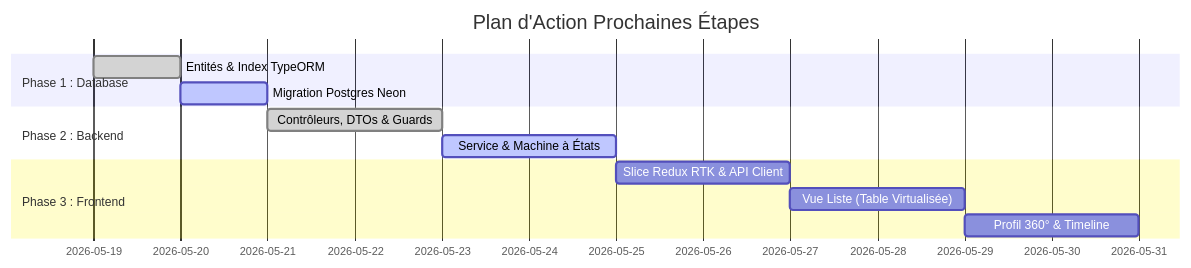
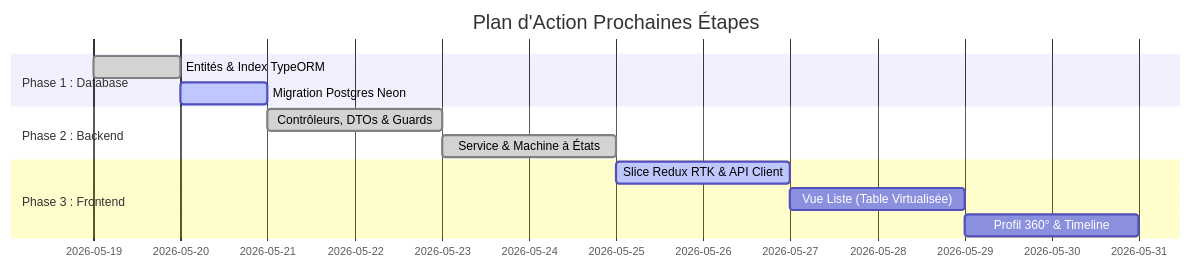
One commit to Lontsi-Hernandez/SIRH changed the diagram in development_tracker.md. Above: the diagram before and after it, drawn with Mermaid. The commit also changed other lines of this file and 8 other files, not shown here.

````diff
--- a/development_tracker.md
+++ b/development_tracker.md
@@ -47,15 +47,15 @@
 ```mermaid
 gantt
     title Plan d'Action Prochaines Étapes
     dateFormat  YYYY-MM-DD
     section Phase 1 : Database
     Entités & Index TypeORM         :done, db1, 2026-05-19, 1d
     Migration Postgres Neon          :active, db2, after db1, 1d
     section Phase 2 : Backend
     Contrôleurs, DTOs & Guards      :done, be1, after db2, 2d
-    Service & Machine à États       :active, be2, after be1, 2d
+    Service & Machine à États       :done, be2, after be1, 2d
     section Phase 3 : Frontend
-    Slice Redux RTK & API Client    :fe1, after be2, 2d
+    Slice Redux RTK & API Client    :active, fe1, after be2, 2d
     Vue Liste (Table Virtualisée)   :fe2, after fe1, 2d
     Profil 360° & Timeline          :fe3, after fe2, 2d
 ```
````
